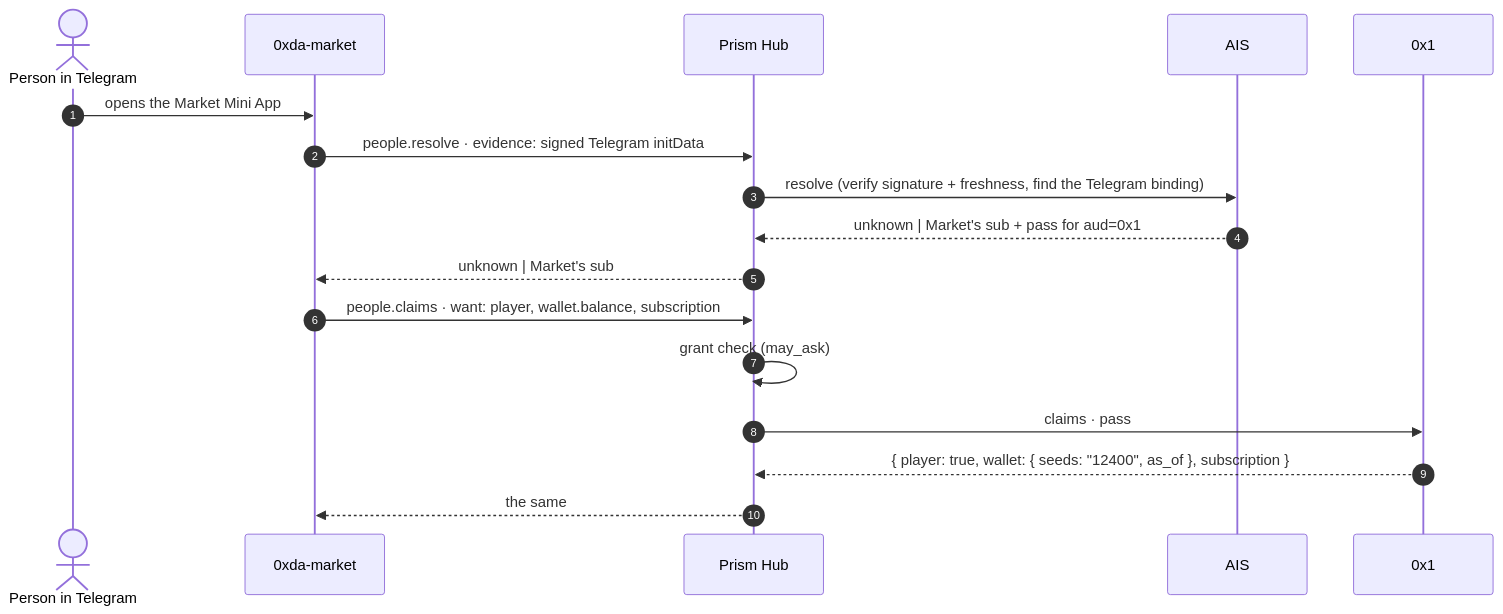
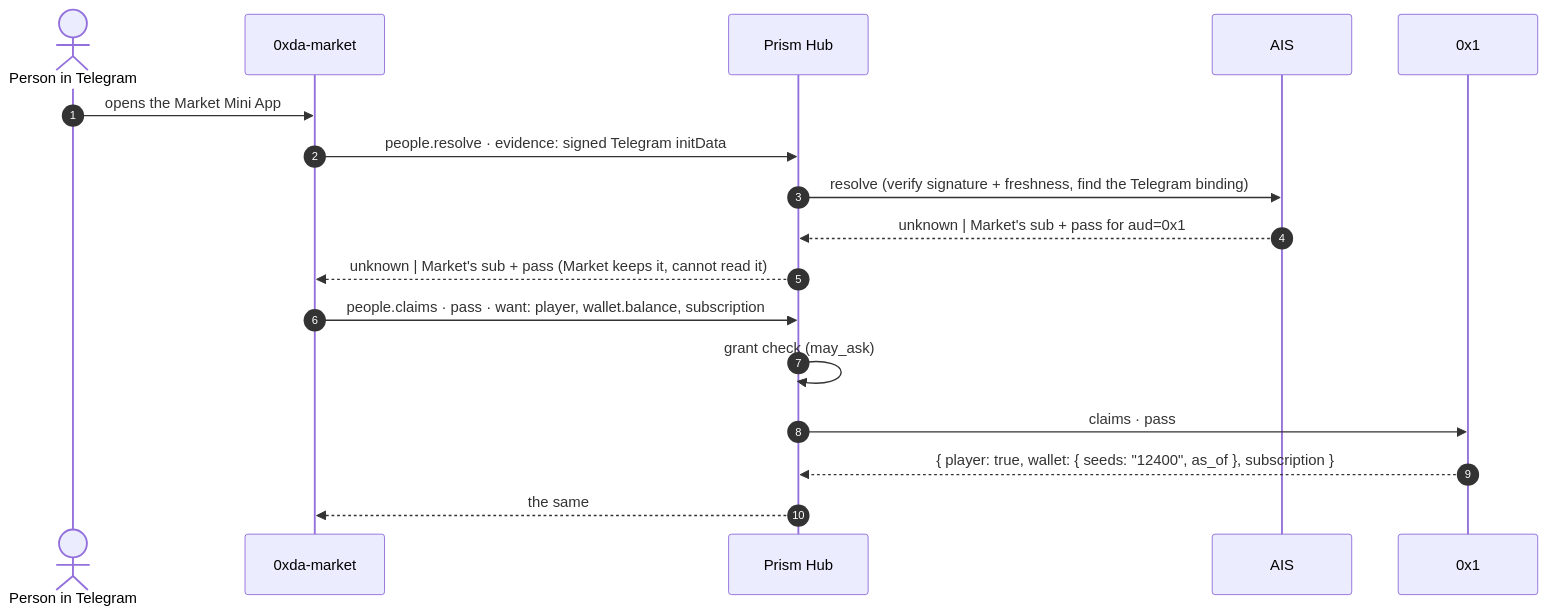
The first of 2 diagrams in docs/hub-protocol.md (aiaiaiai-org/prism-hub), drawn with Mermaid before and after one commit. The commit also changed other lines of this file, not shown here.

````diff
--- a/docs/hub-protocol.md
+++ b/docs/hub-protocol.md
@@ -175,20 +216,20 @@
 ```mermaid
 sequenceDiagram
     autonumber
     actor P as Person in Telegram
     participant M as 0xda-market
     participant H as Prism Hub
     participant A as AIS
     participant X as 0x1
 
     P->>M: opens the Market Mini App
     M->>H: people.resolve · evidence: signed Telegram initData
     H->>A: resolve (verify signature + freshness, find the Telegram binding)
     A-->>H: unknown | Market's sub + pass for aud=0x1
-    H-->>M: unknown | Market's sub
-    M->>H: people.claims · want: player, wallet.balance, subscription
+    H-->>M: unknown | Market's sub + pass (Market keeps it, cannot read it)
+    M->>H: people.claims · pass · want: player, wallet.balance, subscription
     H->>H: grant check (may_ask)
     H->>X: claims · pass
     X-->>H: { player: true, wallet: { seeds: "12400", as_of }, subscription }
     H-->>M: the same
 ```
````
